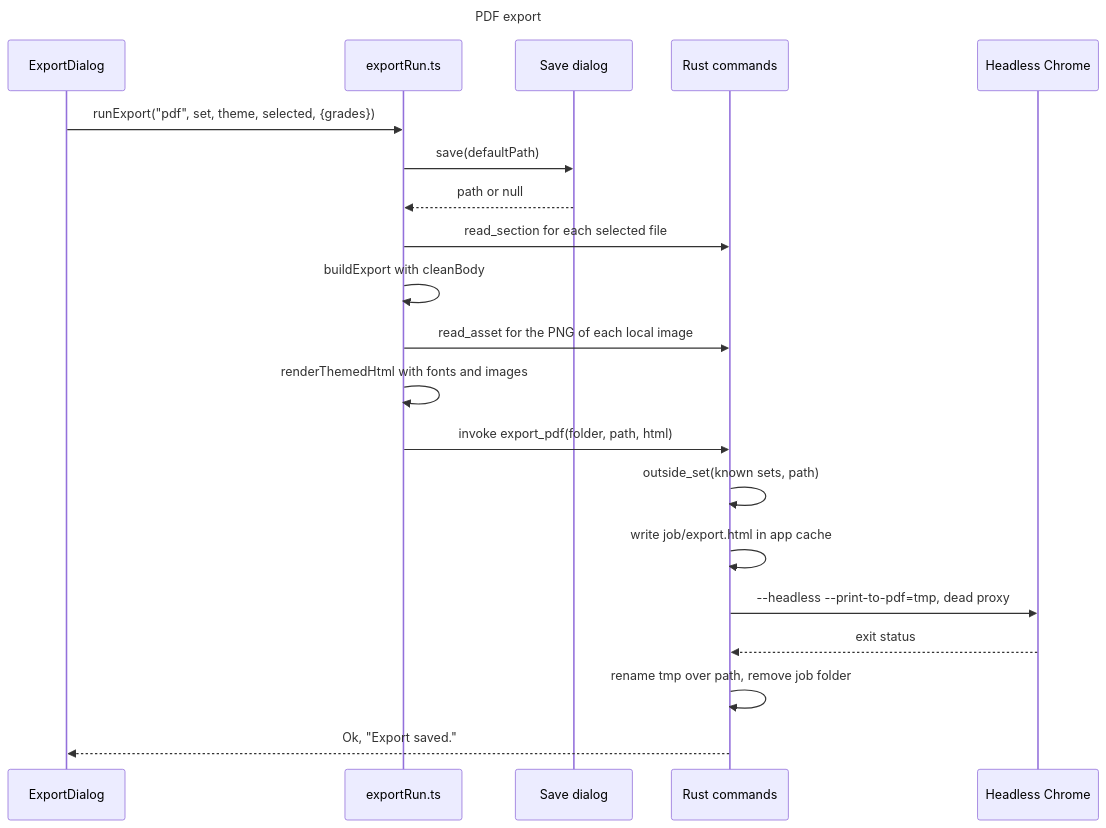
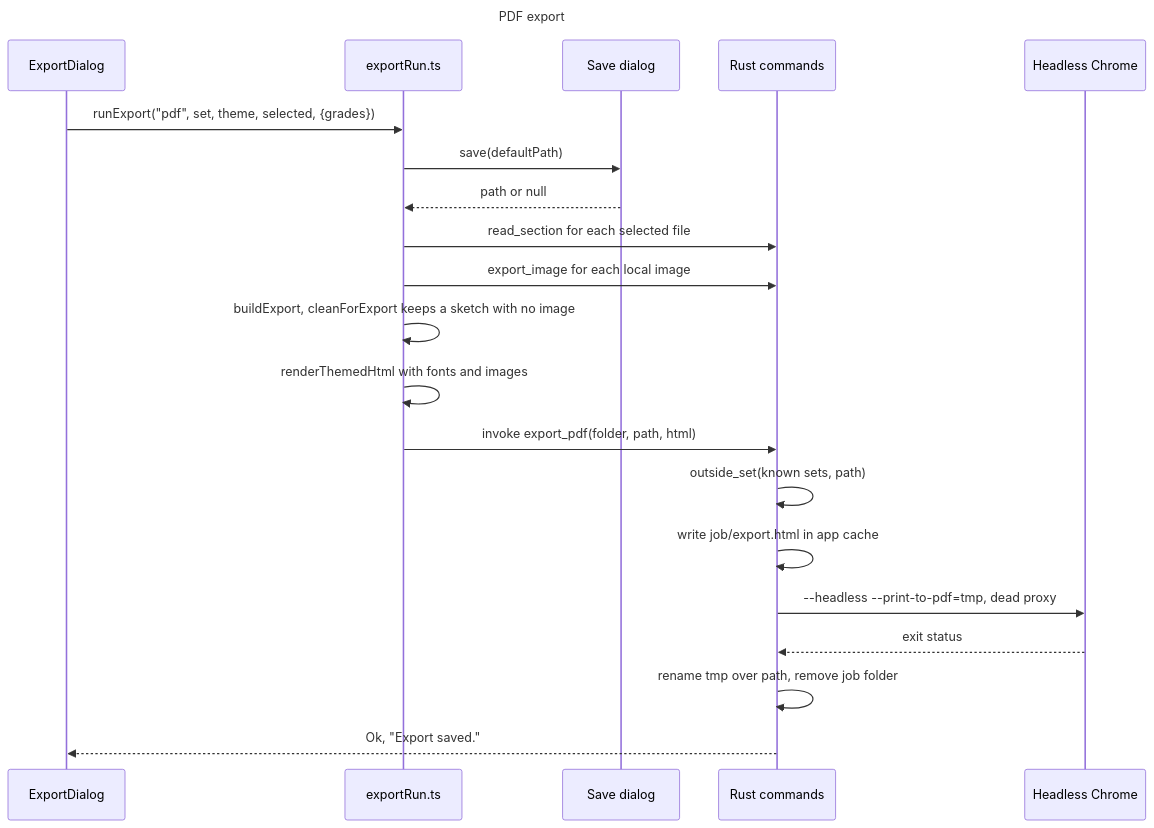
Before and after one commit to SpillwaveSolutions/prd-forge-viewer: diagram 12 of 19 in docs/designs/current_design_doc.md, drawn with Mermaid. The commit also changed other lines of this file and 8 other files, not shown here.

````diff
--- a/docs/designs/current_design_doc.md
+++ b/docs/designs/current_design_doc.md
@@ -619,25 +634,25 @@
 ```mermaid
 ---
 title: PDF export
 ---
 sequenceDiagram
     participant D as ExportDialog
     participant X as exportRun.ts
     participant Dlg as Save dialog
     participant R as Rust commands
     participant C as Headless Chrome
     D->>X: runExport("pdf", set, theme, selected, {grades})
     X->>Dlg: save(defaultPath)
     Dlg-->>X: path or null
     X->>R: read_section for each selected file
-    X->>X: buildExport with cleanBody
-    X->>R: read_asset for the PNG of each local image
+    X->>R: export_image for each local image
+    X->>X: buildExport, cleanForExport keeps a sketch with no image
     X->>X: renderThemedHtml with fonts and images
     X->>R: invoke export_pdf(folder, path, html)
     R->>R: outside_set(known sets, path)
     R->>R: write job/export.html in app cache
     R->>C: --headless --print-to-pdf=tmp, dead proxy
     C-->>R: exit status
     R->>R: rename tmp over path, remove job folder
     R-->>D: Ok, "Export saved."
 ```
````
